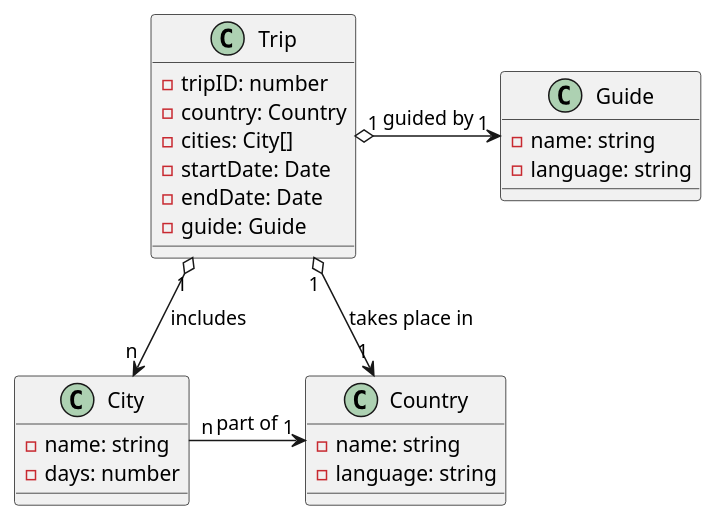
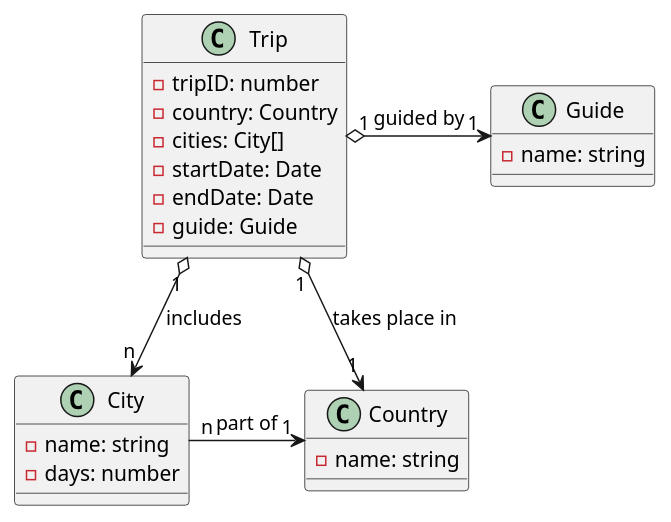
One commit to salocado/tripmate changed the diagram in diagrams/tripmate.puml. Above: the diagram before and after it, drawn with PlantUML.

Commit message:
updated class diagramm

```diff
--- a/diagrams/tripmate.puml
+++ b/diagrams/tripmate.puml
@@ -3,32 +3,31 @@
 @startuml TRIPMATE
 
 class Trip {
     - tripID: number
     - country: Country
     - cities: City[]
     - startDate: Date
     - endDate: Date
     - guide: Guide
 }
 
 class City {
     - name: string
     - days: number
 }
 
 class Country {
     - name: string
-    - language: string
+
 }
 
 class Guide {
     - name: string
-    - language: string
 }
 
 Trip "1" o--> "1" Country : takes place in
 Trip "1" o--> "n" City : includes
 Trip "1" o-right-> "1" Guide : guided by
 City "n" -right-> "1" Country : part of
 
 @enduml
```
